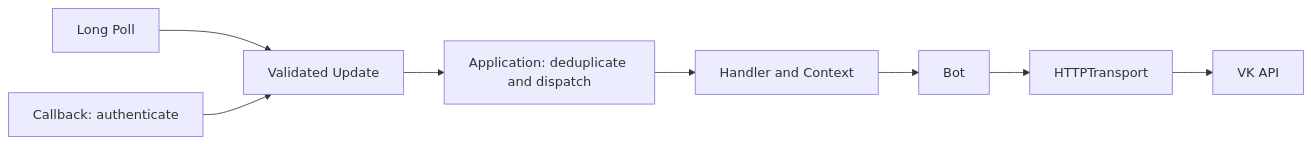
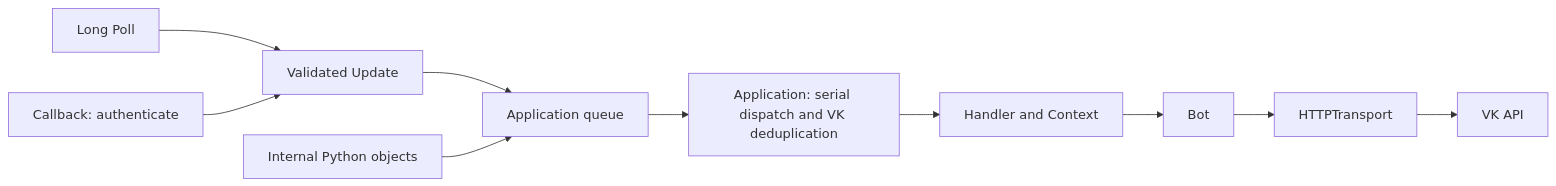
One commit to fomenko-ai/python-vk-bot changed the diagram in docs/architecture/project-architecture.md. Above: the diagram before and after it, drawn with Mermaid. The commit also changed other lines of this file and 23 other files, not shown here.

````diff
--- a/docs/architecture/project-architecture.md
+++ b/docs/architecture/project-architecture.md
@@ -43,10 +46,12 @@
 ```mermaid
 flowchart LR
     LP[Long Poll] --> U[Validated Update]
     CB[Callback: authenticate] --> U
-    U --> A[Application: deduplicate and dispatch]
+    U --> Q[Application queue]
+    R[Internal Python objects] --> Q
+    Q --> A[Application: serial dispatch and VK deduplication]
     A --> H[Handler and Context]
     H --> B[Bot]
     B --> T[HTTPTransport]
     T --> VK[VK API]
 ```
````
